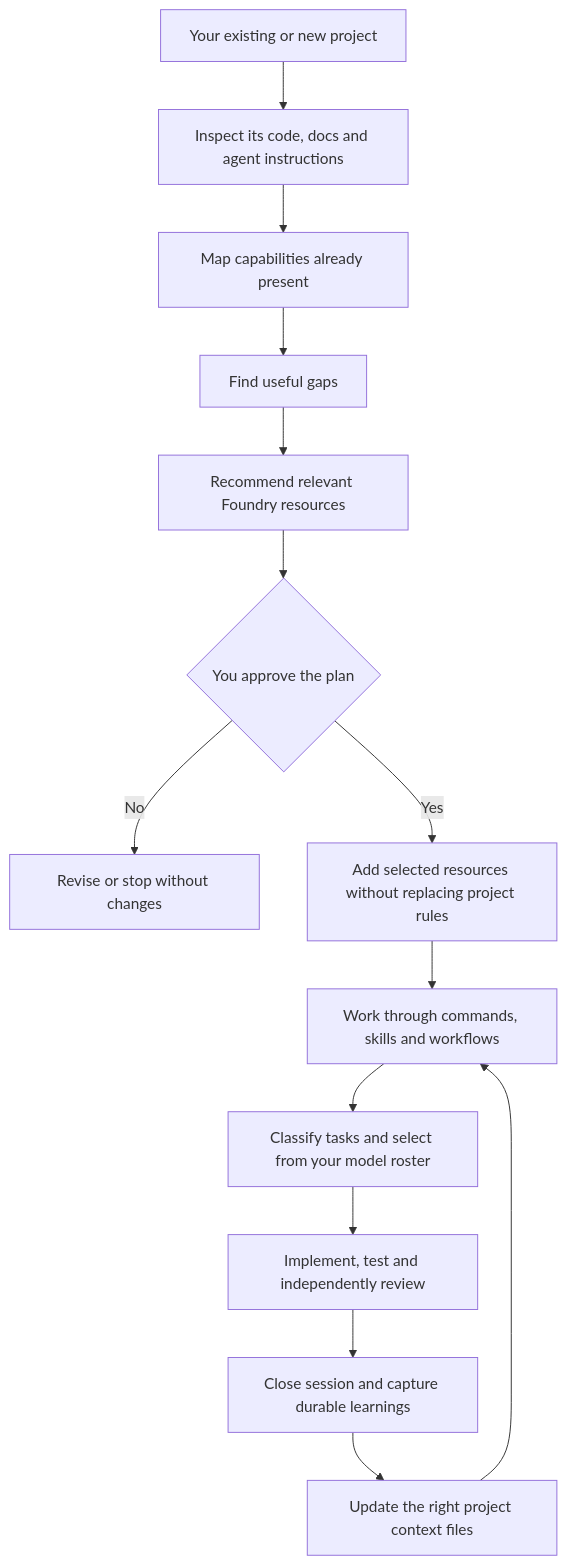
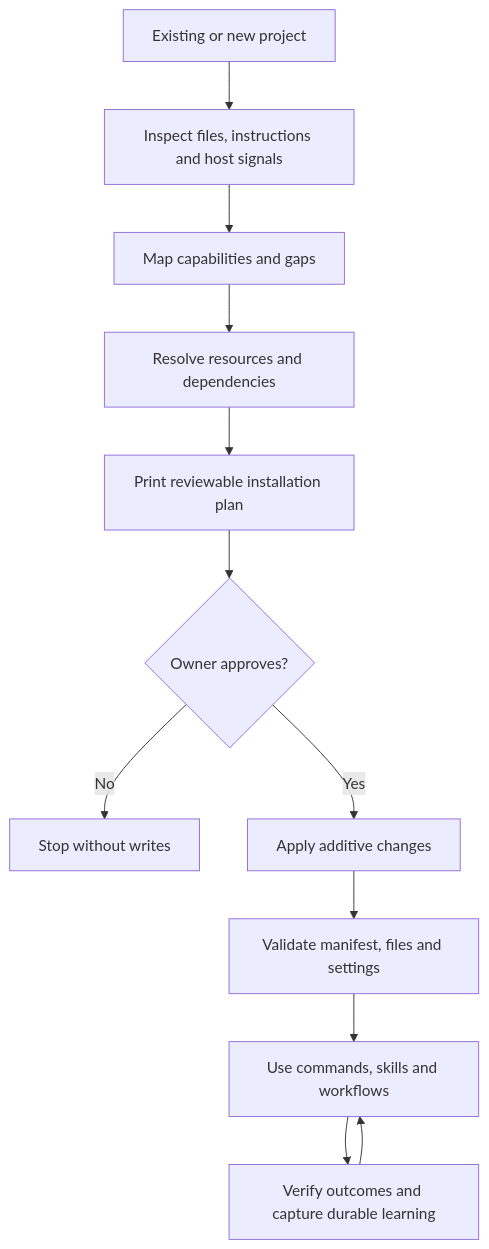
Before and after one commit to LemonizDev/Agent-Foundry: the diagram in README.md, drawn with Mermaid. The commit also changed other lines of this file and 19 other files, not shown here.

````diff
--- a/README.md
+++ b/README.md
@@ -93,16 +73,14 @@
 ```mermaid
 flowchart TD
-    A["Your existing or new project"] --> B["Inspect its code, docs and agent instructions"]
-    B --> C["Map capabilities already present"]
-    C --> D["Find useful gaps"]
-    D --> E["Recommend relevant Foundry resources"]
-    E --> F{"You approve the plan"}
-    F -- "No" --> G["Revise or stop without changes"]
-    F -- "Yes" --> H["Add selected resources without replacing project rules"]
-    H --> I["Work through commands, skills and workflows"]
-    I --> J["Classify tasks and select from your model roster"]
-    J --> K["Implement, test and independently review"]
-    K --> L["Close session and capture durable learnings"]
-    L --> M["Update the right project context files"]
-    M --> I
+ A[Existing or new project] --> B[Inspect files, instructions and host signals]
+ B --> C[Map capabilities and gaps]
+ C --> D[Resolve resources and dependencies]
+ D --> E[Print reviewable installation plan]
+ E --> F{Owner approves?}
+ F -- No --> G[Stop without writes]
+ F -- Yes --> H[Apply additive changes]
+ H --> I[Validate manifest, files and settings]
+ I --> J[Use commands, skills and workflows]
+ J --> K[Verify outcomes and capture durable learning]
+ K --> J
 ```
````
